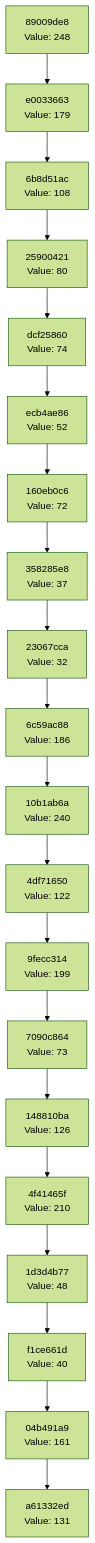
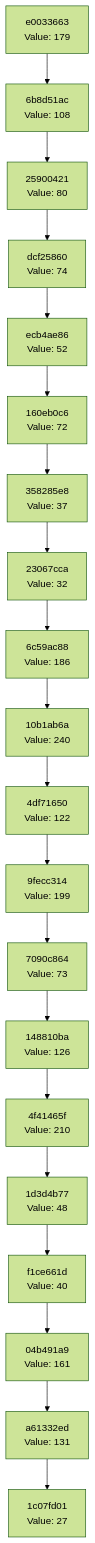
The diagram in docs/CHAIN_VISUALIZATION.md (Abhisheksinha1506/hash-chain-evolver), drawn with Mermaid (forest theme) before and after one commit. The commit also changed 2 other files, not shown here.

Commit message:
Evolution Step

````diff
--- a/docs/CHAIN_VISUALIZATION.md
+++ b/docs/CHAIN_VISUALIZATION.md
@@ -3,42 +3,42 @@
 ```mermaid
 graph TD
-    C0["a61332ed<br/>Value: 131"]
-    C1["04b491a9<br/>Value: 161"]
+    C0["1c07fd01<br/>Value: 27"]
+    C1["a61332ed<br/>Value: 131"]
     C1 --> C0
-    C2["f1ce661d<br/>Value: 40"]
+    C2["04b491a9<br/>Value: 161"]
     C2 --> C1
-    C3["1d3d4b77<br/>Value: 48"]
+    C3["f1ce661d<br/>Value: 40"]
     C3 --> C2
-    C4["4f41465f<br/>Value: 210"]
+    C4["1d3d4b77<br/>Value: 48"]
     C4 --> C3
-    C5["148810ba<br/>Value: 126"]
+    C5["4f41465f<br/>Value: 210"]
     C5 --> C4
-    C6["7090c864<br/>Value: 73"]
+    C6["148810ba<br/>Value: 126"]
     C6 --> C5
-    C7["9fecc314<br/>Value: 199"]
+    C7["7090c864<br/>Value: 73"]
     C7 --> C6
-    C8["4df71650<br/>Value: 122"]
+    C8["9fecc314<br/>Value: 199"]
     C8 --> C7
-    C9["10b1ab6a<br/>Value: 240"]
+    C9["4df71650<br/>Value: 122"]
     C9 --> C8
-    C10["6c59ac88<br/>Value: 186"]
+    C10["10b1ab6a<br/>Value: 240"]
     C10 --> C9
-    C11["23067cca<br/>Value: 32"]
+    C11["6c59ac88<br/>Value: 186"]
     C11 --> C10
-    C12["358285e8<br/>Value: 37"]
+    C12["23067cca<br/>Value: 32"]
     C12 --> C11
-    C13["160eb0c6<br/>Value: 72"]
+    C13["358285e8<br/>Value: 37"]
     C13 --> C12
-    C14["ecb4ae86<br/>Value: 52"]
+    C14["160eb0c6<br/>Value: 72"]
     C14 --> C13
-    C15["dcf25860<br/>Value: 74"]
+    C15["ecb4ae86<br/>Value: 52"]
     C15 --> C14
-    C16["25900421<br/>Value: 80"]
+    C16["dcf25860<br/>Value: 74"]
     C16 --> C15
-    C17["6b8d51ac<br/>Value: 108"]
+    C17["25900421<br/>Value: 80"]
     C17 --> C16
-    C18["e0033663<br/>Value: 179"]
+    C18["6b8d51ac<br/>Value: 108"]
     C18 --> C17
-    C19["89009de8<br/>Value: 248"]
+    C19["e0033663<br/>Value: 179"]
     C19 --> C18
 ```
````
